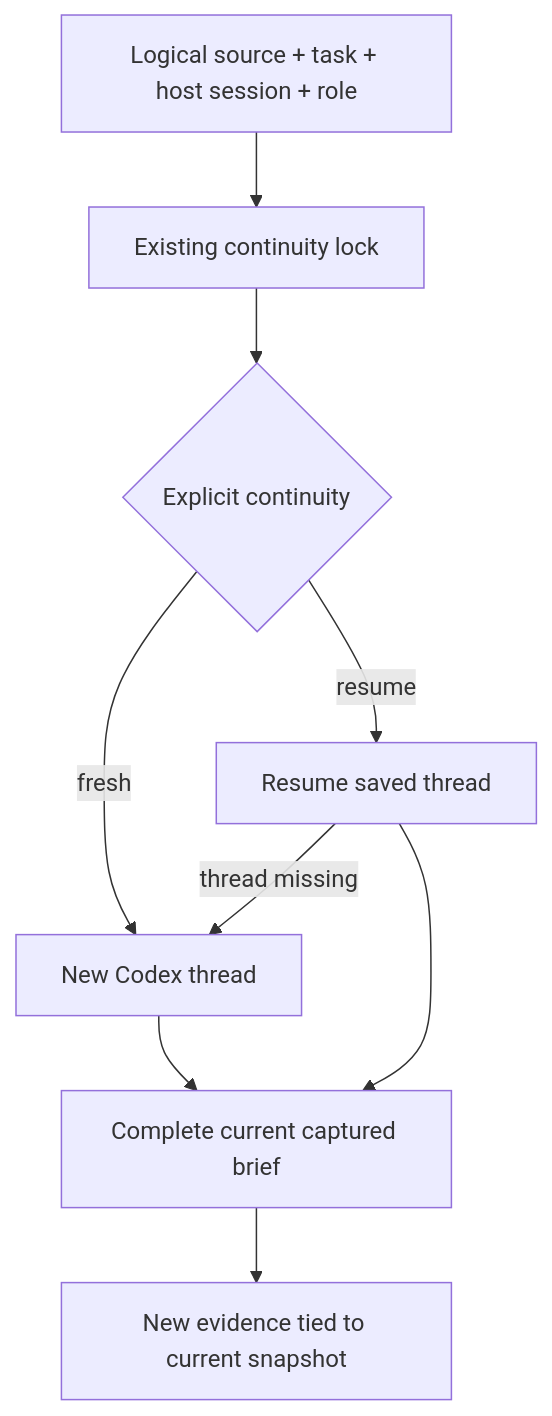
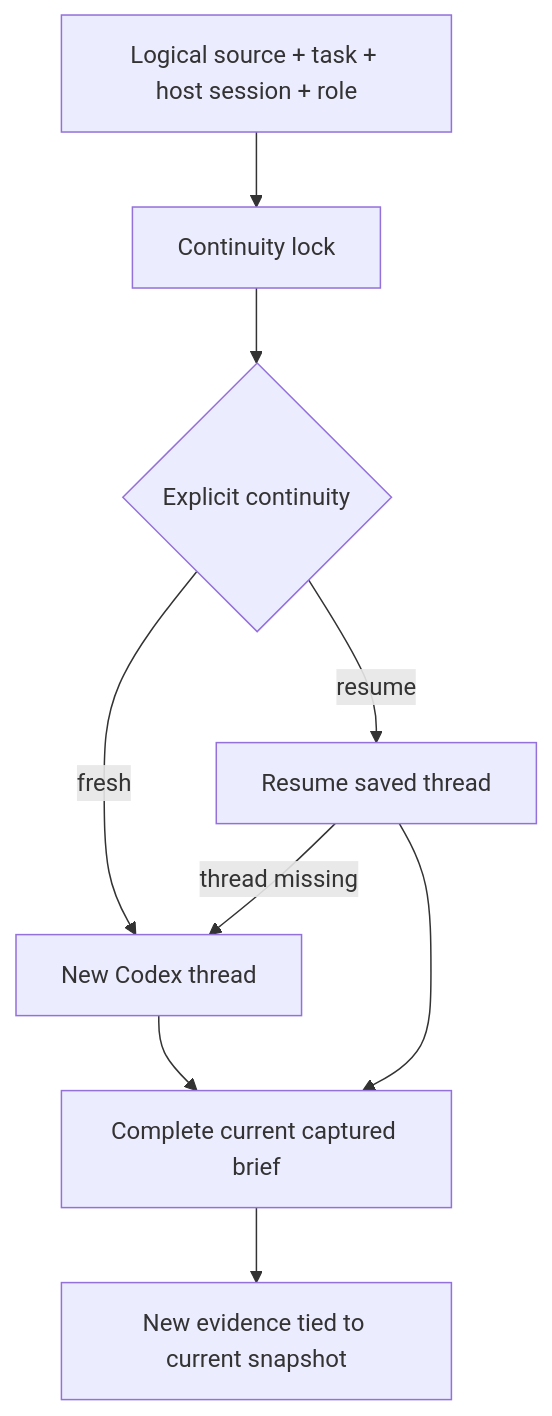
One commit to ehzawad/codex-council changed the fourth of 4 diagrams in README.md. Above: the diagram before and after it, drawn with Mermaid. The commit also changed other lines of this file and 11 other files, not shown here.

````diff
--- a/README.md
+++ b/README.md
@@ -151,11 +204,11 @@
 ```mermaid
 flowchart TD
-    Identity[Logical source + task + host session + role] --> Lock[Existing continuity lock]
+    Identity[Logical source + task + host session + role] --> Lock[Continuity lock]
     Lock --> Choice{Explicit continuity}
     Choice -->|fresh| New[New Codex thread]
     Choice -->|resume| Old[Resume saved thread]
     Old -->|thread missing| New
     New --> Context[Complete current captured brief]
     Old --> Context
     Context --> Evidence[New evidence tied to current snapshot]
 ```
````
